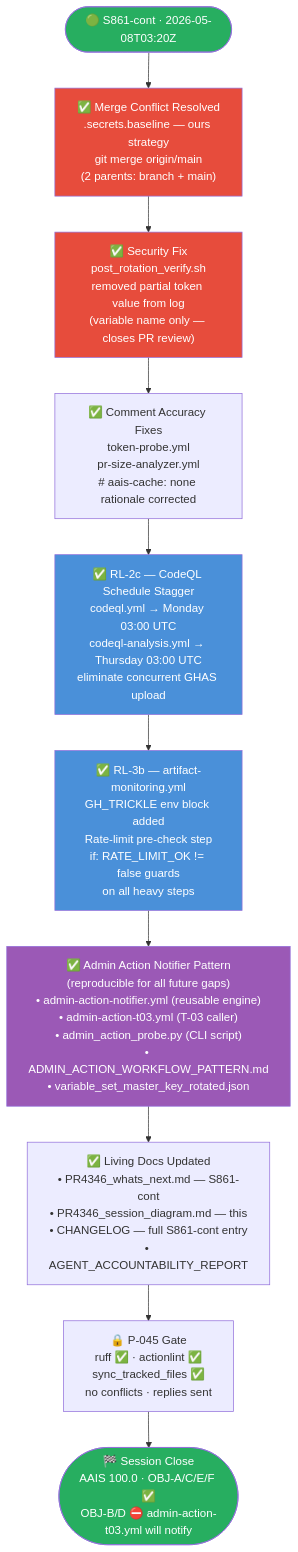
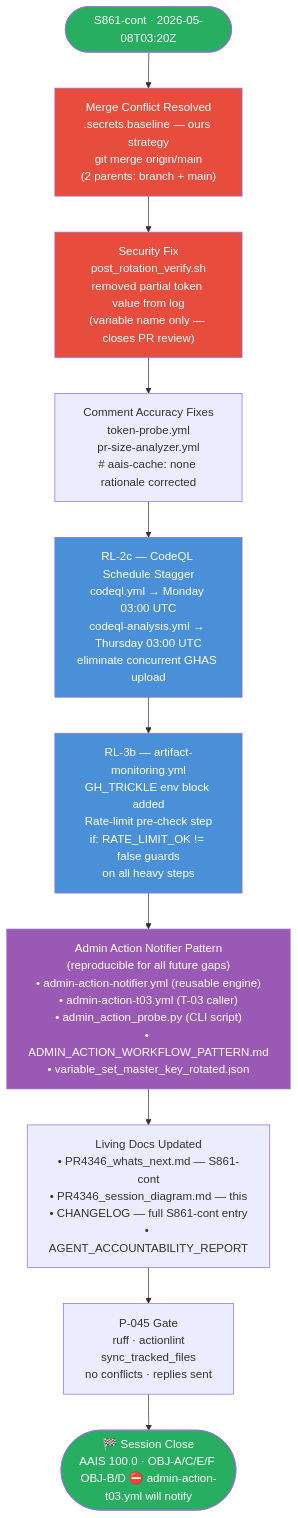
The sixth of 26 diagrams in docs/sessions/PR4346_session_diagram.md (Aries-Serpent/_codex_), drawn with Mermaid before and after one commit. The commit also changed other lines of this file and 2029 other files, not shown here.

````diff
--- a/docs/sessions/PR4346_session_diagram.md
+++ b/docs/sessions/PR4346_session_diagram.md
@@ -155,31 +157,31 @@
 ```mermaid
-%%{init: {'accessibility': {'title': 'Flowchart showing "🟢 S861-cont · 2026-05-08T03:20Z", "✅ Merge Conflict Resolved\n.secrets.baseline — ours strategy\ngit merge origin/main\n(2 parents: branch + main)"'}}%%
+%%{init: {'accessibility': {'title': 'Flowchart showing " S861-cont · 2026-05-08T03:20Z", " Merge Conflict Resolved\n.secrets.baseline — ours strategy\ngit merge origin/main\n(2 parents: branch + main)"'}}%%
 flowchart TD
-    START(["🟢 S861-cont · 2026-05-08T03:20Z"]) --> MERGE
+    START([" S861-cont · 2026-05-08T03:20Z"]) --> MERGE
 
-    MERGE["✅ Merge Conflict Resolved\n.secrets.baseline — ours strategy\ngit merge origin/main\n(2 parents: branch + main)"] --> SEC
+    MERGE[" Merge Conflict Resolved\n.secrets.baseline — ours strategy\ngit merge origin/main\n(2 parents: branch + main)"] --> SEC
 
-    SEC["✅ Security Fix\npost_rotation_verify.sh\nremoved partial token value from log\n(variable name only — closes PR review)"] --> CACHE
+    SEC[" Security Fix\npost_rotation_verify.sh\nremoved partial token value from log\n(variable name only — closes PR review)"] --> CACHE
 
-    CACHE["✅ Comment Accuracy Fixes\ntoken-probe.yml\npr-size-analyzer.yml\n# aais-cache: none rationale corrected"] --> RL2C
+    CACHE[" Comment Accuracy Fixes\ntoken-probe.yml\npr-size-analyzer.yml\n# aais-cache: none rationale corrected"] --> RL2C
 
-    RL2C["✅ RL-2c — CodeQL Schedule Stagger\ncodeql.yml → Monday 03:00 UTC\ncodeql-analysis.yml → Thursday 03:00 UTC\neliminate concurrent GHAS upload"] --> RL3B
+    RL2C[" RL-2c — CodeQL Schedule Stagger\ncodeql.yml → Monday 03:00 UTC\ncodeql-analysis.yml → Thursday 03:00 UTC\neliminate concurrent GHAS upload"] --> RL3B
 
-    RL3B["✅ RL-3b — artifact-monitoring.yml\nGH_TRICKLE env block added\nRate-limit pre-check step\nif: RATE_LIMIT_OK != false guards\non all heavy steps"] --> ADMIN
+    RL3B[" RL-3b — artifact-monitoring.yml\nGH_TRICKLE env block added\nRate-limit pre-check step\nif: RATE_LIMIT_OK != false guards\non all heavy steps"] --> ADMIN
 
-    ADMIN["✅ Admin Action Notifier Pattern\n(reproducible for all future gaps)\n• admin-action-notifier.yml (reusable engine)\n• admin-action-t03.yml (T-03 caller)\n• admin_action_probe.py (CLI script)\n• ADMIN_ACTION_WORKFLOW_PATTERN.md\n• variable_set_master_key_rotated.json"] --> DOCS
+    ADMIN[" Admin Action Notifier Pattern\n(reproducible for all future gaps)\n• admin-action-notifier.yml (reusable engine)\n• admin-action-t03.yml (T-03 caller)\n• admin_action_probe.py (CLI script)\n• ADMIN_ACTION_WORKFLOW_PATTERN.md\n• variable_set_master_key_rotated.json"] --> DOCS
 
-    DOCS["✅ Living Docs Updated\n• PR4346_whats_next.md — S861-cont\n• PR4346_session_diagram.md — this\n• CHANGELOG — full S861-cont entry\n• AGENT_ACCOUNTABILITY_REPORT"] --> GATE
+    DOCS[" Living Docs Updated\n• PR4346_whats_next.md — S861-cont\n• PR4346_session_diagram.md — this\n• CHANGELOG — full S861-cont entry\n• AGENT_ACCOUNTABILITY_REPORT"] --> GATE
 
-    GATE["🔒 P-045 Gate\nruff ✅ · actionlint ✅\nsync_tracked_files ✅\nno conflicts · replies sent"] --> END
+    GATE[" P-045 Gate\nruff  · actionlint \nsync_tracked_files \nno conflicts · replies sent"] --> END
 
-    END(["🏁 Session Close\nAAIS 100.0 · OBJ-A/C/E/F ✅\nOBJ-B/D ⛔ admin-action-t03.yml will notify"])
+    END(["🏁 Session Close\nAAIS 100.0 · OBJ-A/C/E/F \nOBJ-B/D ⛔ admin-action-t03.yml will notify"])
 
     style START fill:#27ae60,color:#fff
     style END fill:#27ae60,color:#fff
     style MERGE fill:#e74c3c,color:#fff
     style SEC fill:#e74c3c,color:#fff
     style ADMIN fill:#9b59b6,color:#fff
     style RL2C fill:#4a90d9,color:#fff
     style RL3B fill:#4a90d9,color:#fff
 ```
````
